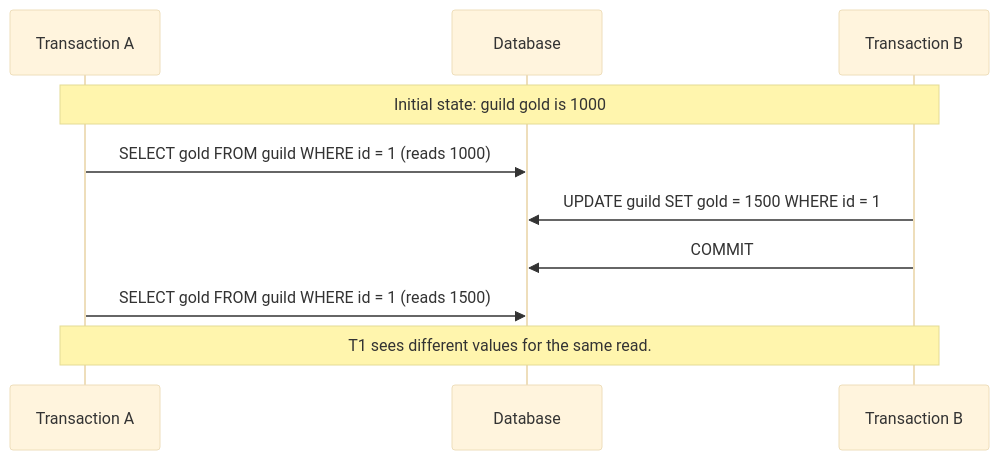
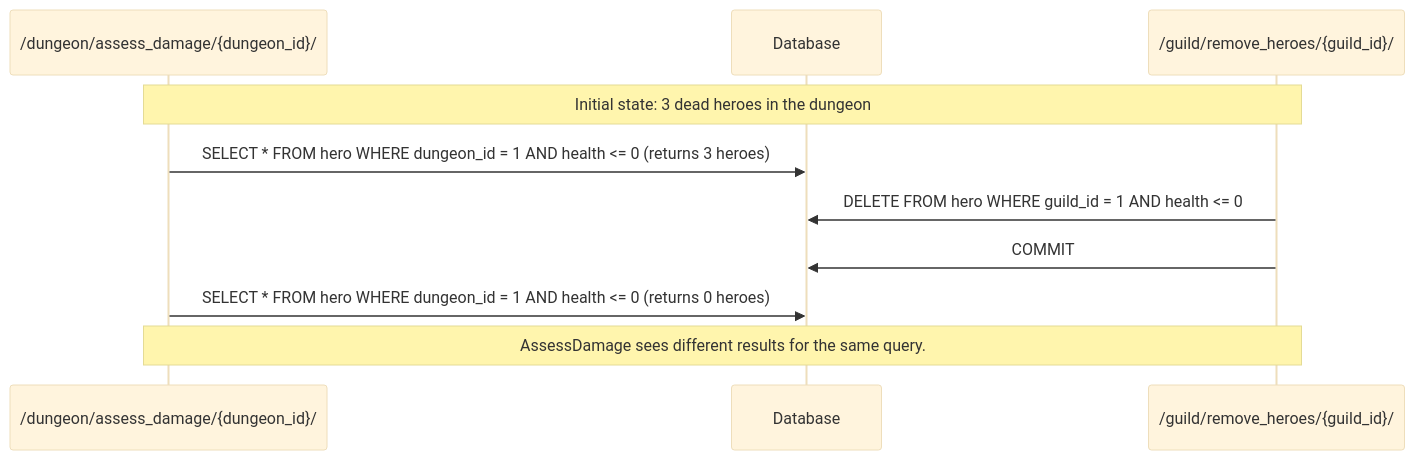
Before and after one commit to jluudev/365-group-project: the second of 3 diagrams in docs/concurrency.md, drawn with Mermaid (base theme). The commit also changed other lines of this file, not shown here.

````diff
--- a/docs/concurrency.md
+++ b/docs/concurrency.md
@@ -28,12 +28,12 @@
 ```mermaid
 sequenceDiagram
-    participant T1 as Transaction A
+    participant AssessDamage as /dungeon/assess_damage/{dungeon_id}/
     participant DB as Database
-    participant T2 as Transaction B
-    Note over T1, T2: Initial state: guild gold is 1000
-    T1->>DB: SELECT gold FROM guild WHERE id = 1 (reads 1000)
-    T2->>DB: UPDATE guild SET gold = 1500 WHERE id = 1
-    T2->>DB: COMMIT
-    T1->>DB: SELECT gold FROM guild WHERE id = 1 (reads 1500)
-    Note over T1, T2: T1 sees different values for the same read.
+    participant RemoveHeroes as /guild/remove_heroes/{guild_id}/
+    Note over AssessDamage, RemoveHeroes: Initial state: 3 dead heroes in the dungeon
+    AssessDamage->>DB: SELECT * FROM hero WHERE dungeon_id = 1 AND health <= 0 (returns 3 heroes)
+    RemoveHeroes->>DB: DELETE FROM hero WHERE guild_id = 1 AND health <= 0
+    RemoveHeroes->>DB: COMMIT
+    AssessDamage->>DB: SELECT * FROM hero WHERE dungeon_id = 1 AND health <= 0 (returns 0 heroes)
+    Note over AssessDamage, RemoveHeroes: AssessDamage sees different results for the same query.
 ```
````
